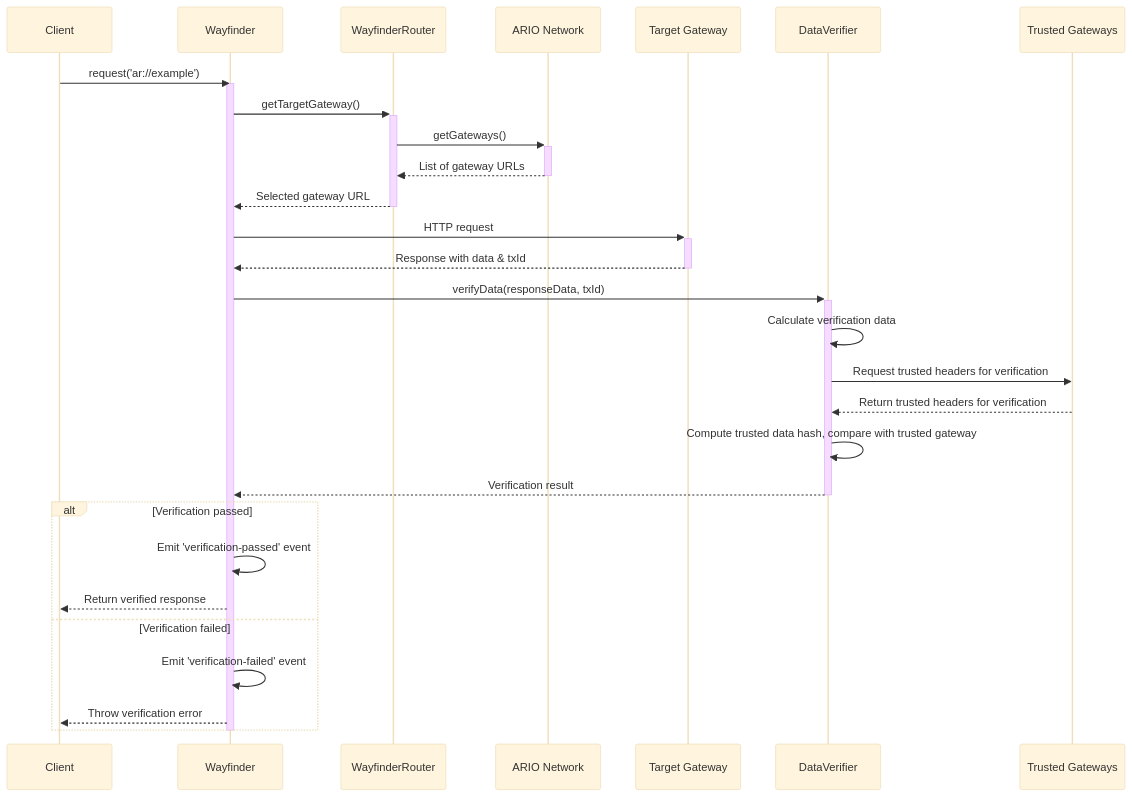
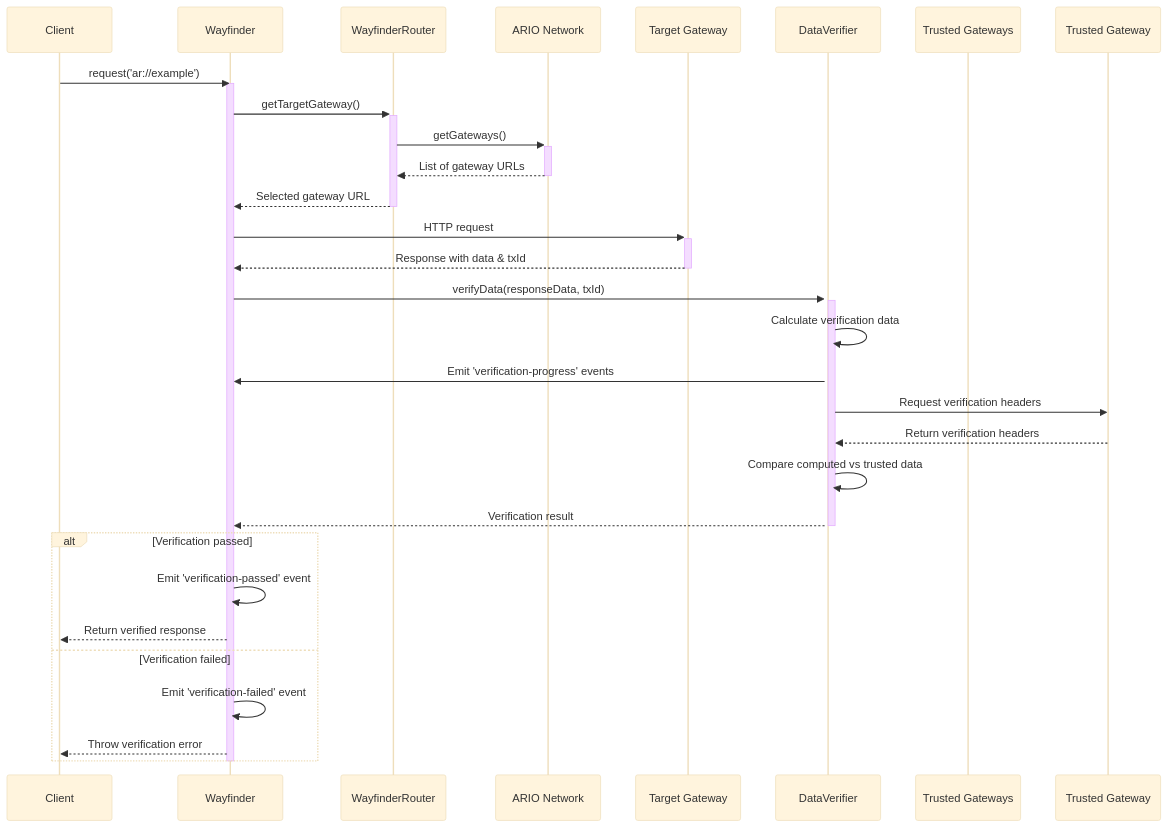
The diagram in WAYFINDER.md (ar-io/ar-io-sdk), drawn with Mermaid (base theme) before and after one commit. The commit also changed other lines of this file and 24 other files, not shown here.

First line of the commit message:
fix(wayfinder): replace `routers` with `routingStratgies` and `verifiers` with `verificationStrategies`

````diff
--- a/WAYFINDER.md
+++ b/WAYFINDER.md
@@ -215,38 +220,40 @@
 ```mermaid
 sequenceDiagram
     participant Client
     participant Wayfinder
     participant WayfinderRouter
     participant ARIO Network
     participant Target Gateway
     participant DataVerifier
     participant Trusted Gateways
 
     Client->>Wayfinder: request('ar://example')
     activate Wayfinder
 
     Wayfinder->>+WayfinderRouter: getTargetGateway()
     WayfinderRouter->>+ARIO Network: getGateways()
     ARIO Network-->>-WayfinderRouter: List of gateway URLs
     WayfinderRouter-->>-Wayfinder: Selected gateway URL
 
     Wayfinder->>+Target Gateway: HTTP request
     Target Gateway-->>-Wayfinder: Response with data & txId
 
+    activate DataVerifier
     Wayfinder->>+DataVerifier: verifyData(responseData, txId)
     DataVerifier->>DataVerifier: Calculate verification data
-    DataVerifier->>Trusted Gateways: Request trusted headers for verification
-    Trusted Gateways-->>DataVerifier: Return trusted headers for verification
-    DataVerifier->>DataVerifier: Compute trusted data hash, compare with trusted gateway
+    DataVerifier->>Wayfinder: Emit 'verification-progress' events
+    DataVerifier->>Trusted Gateway: Request verification headers
+    Trusted Gateway-->>DataVerifier: Return verification headers
+    DataVerifier->>DataVerifier: Compare computed vs trusted data
     DataVerifier-->>-Wayfinder: Verification result
 
     alt Verification passed
         Wayfinder->>Wayfinder: Emit 'verification-passed' event
         Wayfinder-->>Client: Return verified response
     else Verification failed
         Wayfinder->>Wayfinder: Emit 'verification-failed' event
         Wayfinder-->>Client: Throw verification error
     end
 
     deactivate Wayfinder
 ```
````
